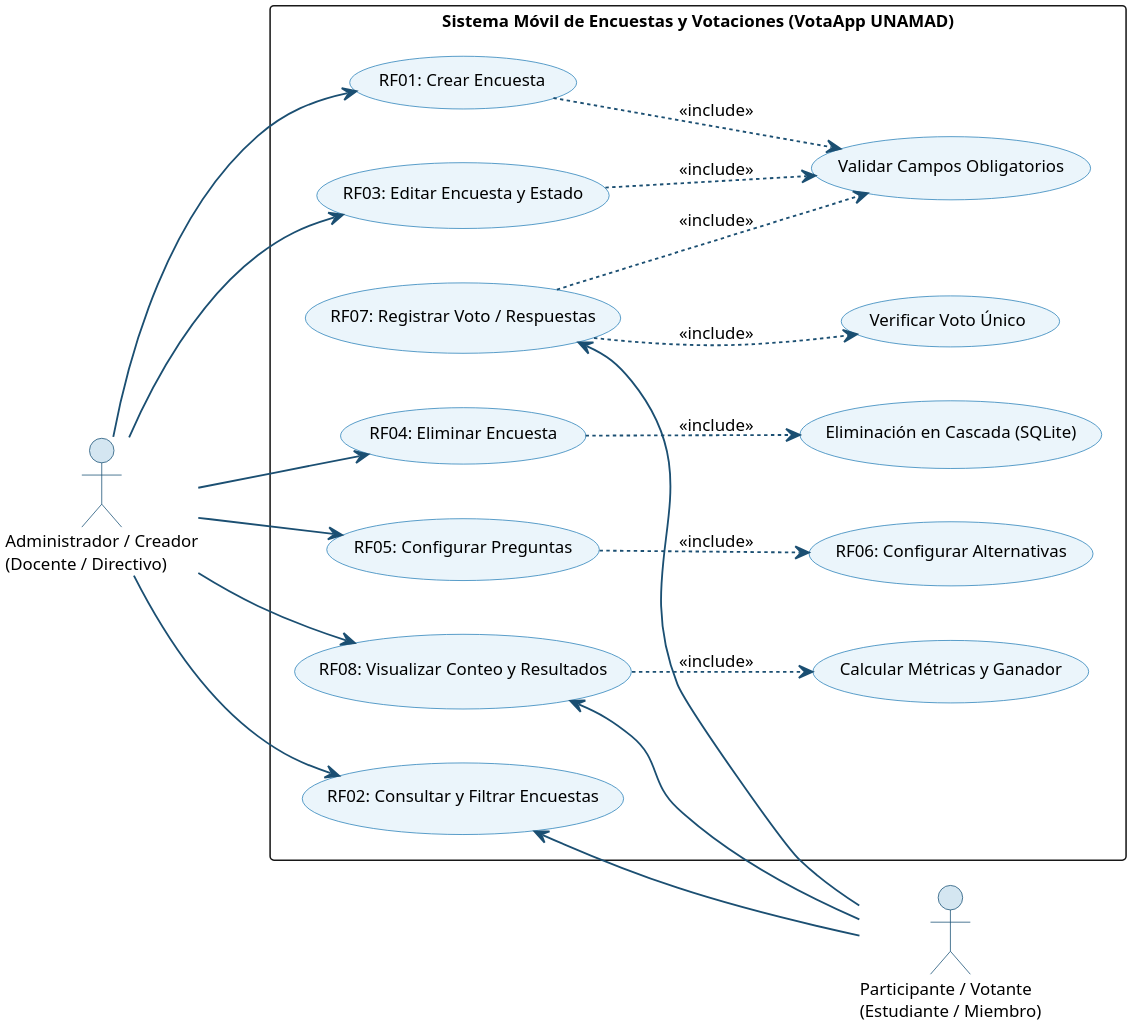
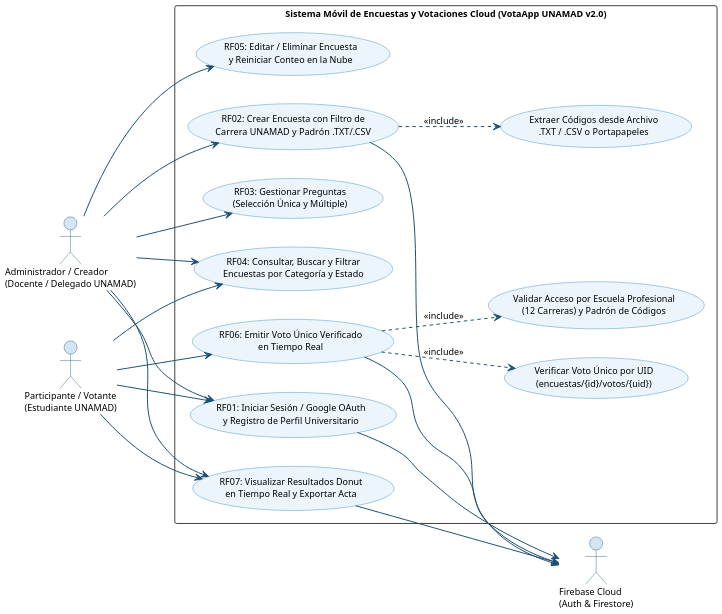
One commit to Maickel69/VotaApp-UNAMAD changed the diagram in Documentacion/diagramas/fig1_casos_uso.puml. Above: the diagram before and after it, drawn with PlantUML. The commit also changed 30 other files, not shown here.

Commit message:
Update full documentation (DOCX, PDF, PPTX, UML diagrams), add custom vector crest logo, and apply UI/UX Design Critic upgrades

```diff
--- a/Documentacion/diagramas/fig1_casos_uso.puml
+++ b/Documentacion/diagramas/fig1_casos_uso.puml
@@ -1,63 +1,64 @@
 @startuml fig1_casos_uso
+set separator none
 left to right direction
-skinparam dpi 300
+skinparam dpi 160
 skinparam backgroundColor #FFFFFF
 skinparam defaultFontName Arial
 skinparam defaultFontSize 11
 skinparam shadowing false
 skinparam packageStyle rectangle
 
 skinparam ArrowColor #1B4F72
 skinparam ArrowThickness 1.2
 
 skinparam actor {
     BackgroundColor #D4E6F1
     BorderColor #1A5276
     FontSize 11
 }
 
 skinparam usecase {
     BackgroundColor #EBF5FB
     BorderColor #2980B9
     FontSize 11
 }
 
-actor "Administrador / Creador\n(Docente / Directivo)" as Admin
-actor "Participante / Votante\n(Estudiante / Miembro)" as Votante
+actor "Administrador / Creador\n(Docente / Delegado UNAMAD)" as Admin
+actor "Participante / Votante\n(Estudiante UNAMAD)" as Votante
+actor "Firebase Cloud\n(Auth & Firestore)" as Cloud
 
-rectangle "Sistema Móvil de Encuestas y Votaciones (VotaApp UNAMAD)" {
-    usecase "RF01: Crear Encuesta" as UC1
-    usecase "RF02: Consultar y Filtrar Encuestas" as UC2
-    usecase "RF03: Editar Encuesta y Estado" as UC3
-    usecase "RF04: Eliminar Encuesta" as UC4
-    usecase "RF05: Configurar Preguntas" as UC5
-    usecase "RF06: Configurar Alternativas" as UC6
-    usecase "RF07: Registrar Voto / Respuestas" as UC7
-    usecase "RF08: Visualizar Conteo y Resultados" as UC8
+rectangle "Sistema Móvil de Encuestas y Votaciones Cloud (VotaApp UNAMAD v2.0)" {
+    usecase "RF01: Iniciar Sesión / Google OAuth\ny Registro de Perfil Universitario" as UC_Auth
+    usecase "RF02: Crear Encuesta con Filtro de\nCarrera UNAMAD y Padrón .TXT/.CSV" as UC_Crear
+    usecase "RF03: Gestionar Preguntas\n(Selección Única y Múltiple)" as UC_Preg
+    usecase "RF04: Consultar, Buscar y Filtrar\nEncuestas por Categoría y Estado" as UC_Listar
+    usecase "RF05: Editar / Eliminar Encuesta\ny Reiniciar Conteo en la Nube" as UC_Editar
+    usecase "RF06: Emitir Voto Único Verificado\nen Tiempo Real" as UC_Votar
+    usecase "RF07: Visualizar Resultados Donut\nen Tiempo Real y Exportar Acta" as UC_Res
 
-    usecase "Validar Campos Obligatorios" as UC_Val
-    usecase "Verificar Voto Único" as UC_Unico
-    usecase "Calcular Métricas y Ganador" as UC_Metricas
-    usecase "Eliminación en Cascada (SQLite)" as UC_Cascada
+    usecase "Validar Acceso por Escuela Profesional\n(12 Carreras) y Padrón de Códigos" as UC_Filtro
+    usecase "Verificar Voto Único por UID\n(encuestas/{id}/votos/{uid})" as UC_Unico
+    usecase "Extraer Códigos desde Archivo\n.TXT / .CSV o Portapapeles" as UC_Padron
 
-    UC1 ..> UC_Val : <<include>>
-    UC3 ..> UC_Val : <<include>>
-    UC4 ..> UC_Cascada : <<include>>
-    UC5 ..> UC6 : <<include>>
-    UC7 ..> UC_Val : <<include>>
-    UC7 ..> UC_Unico : <<include>>
-    UC8 ..> UC_Metricas : <<include>>
+    UC_Crear ..> UC_Padron : <<include>>
+    UC_Votar ..> UC_Filtro : <<include>>
+    UC_Votar ..> UC_Unico : <<include>>
 }
 
-Admin --> UC1
-Admin --> UC2
-Admin --> UC3
-Admin --> UC4
-Admin --> UC5
-Admin --> UC8
+Admin --> UC_Auth
+Admin --> UC_Crear
+Admin --> UC_Preg
+Admin --> UC_Listar
+Admin --> UC_Editar
+Admin --> UC_Res
 
-UC2 <-- Votante
-UC7 <-- Votante
-UC8 <-- Votante
+Votante --> UC_Auth
+Votante --> UC_Listar
+Votante --> UC_Votar
+Votante --> UC_Res
 
+UC_Auth --> Cloud
+UC_Crear --> Cloud
+UC_Votar --> Cloud
+UC_Res --> Cloud
 @enduml
```
